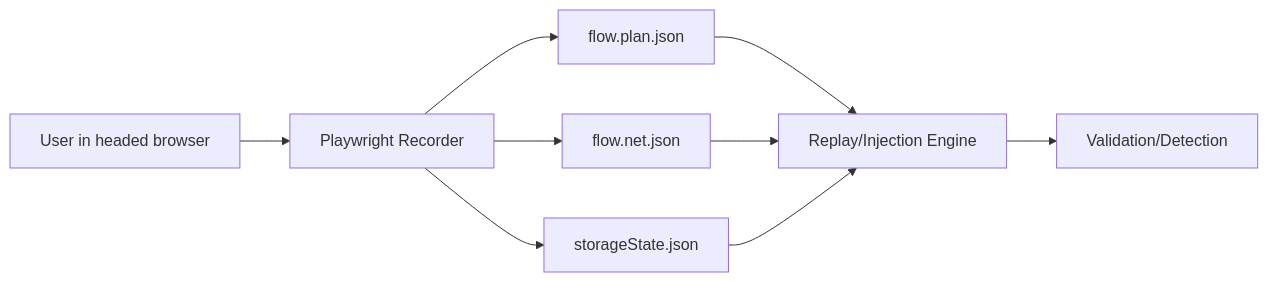
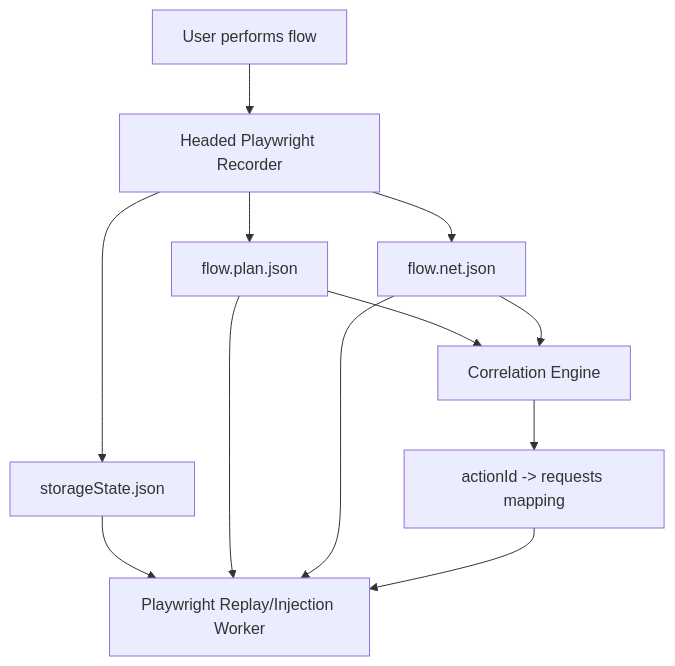
The diagram in docs/branchhub/playwright-for-pen-testing/modules/002-artifact-schema.md (BranchHub-HQ/branchhub-publicrepo), drawn with Mermaid before and after one commit. The commit also changed other lines of this file, not shown here.

Commit message:
docs: add Playwright for Pen Testing

````diff
--- a/docs/branchhub/playwright-for-pen-testing/modules/002-artifact-schema.md
+++ b/docs/branchhub/playwright-for-pen-testing/modules/002-artifact-schema.md
@@ -19,11 +17,16 @@
 ```mermaid
-graph LR
-    U[User in headed browser] --> R[Playwright Recorder]
+graph TD
+    U[User performs flow] --> R[Headed Playwright Recorder]
     R --> S[storageState.json]
     R --> P[flow.plan.json]
     R --> N[flow.net.json]
-    P --> X[Replay/Injection Engine]
-    N --> X
-    S --> X
-    X --> V[Validation/Detection]
+
+    P --> C[Correlation Engine]
+    N --> C
+    C --> M[actionId -> requests mapping]
+
+    S --> W[Playwright Replay/Injection Worker]
+    P --> W
+    N --> W
+    M --> W
 ```
````
